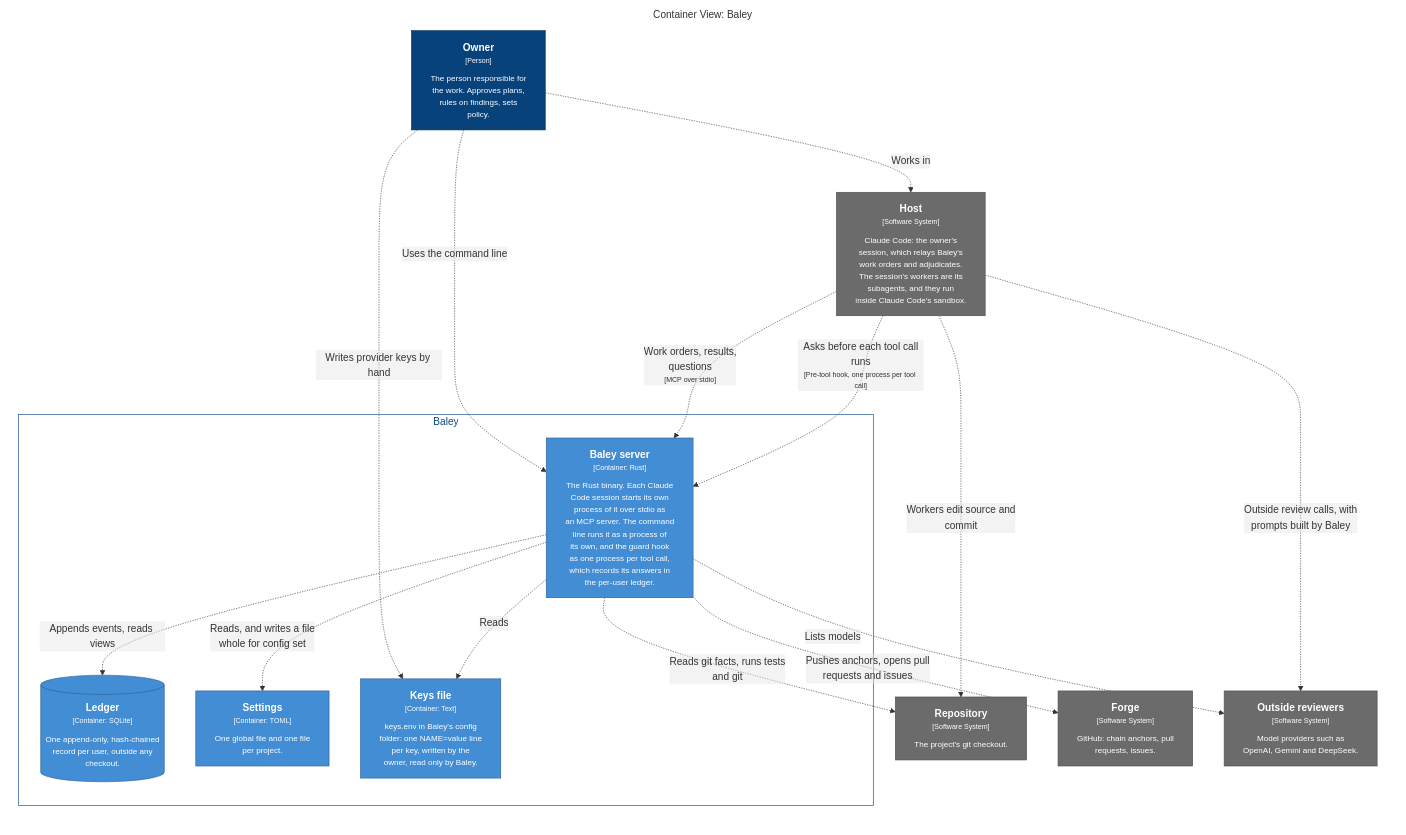
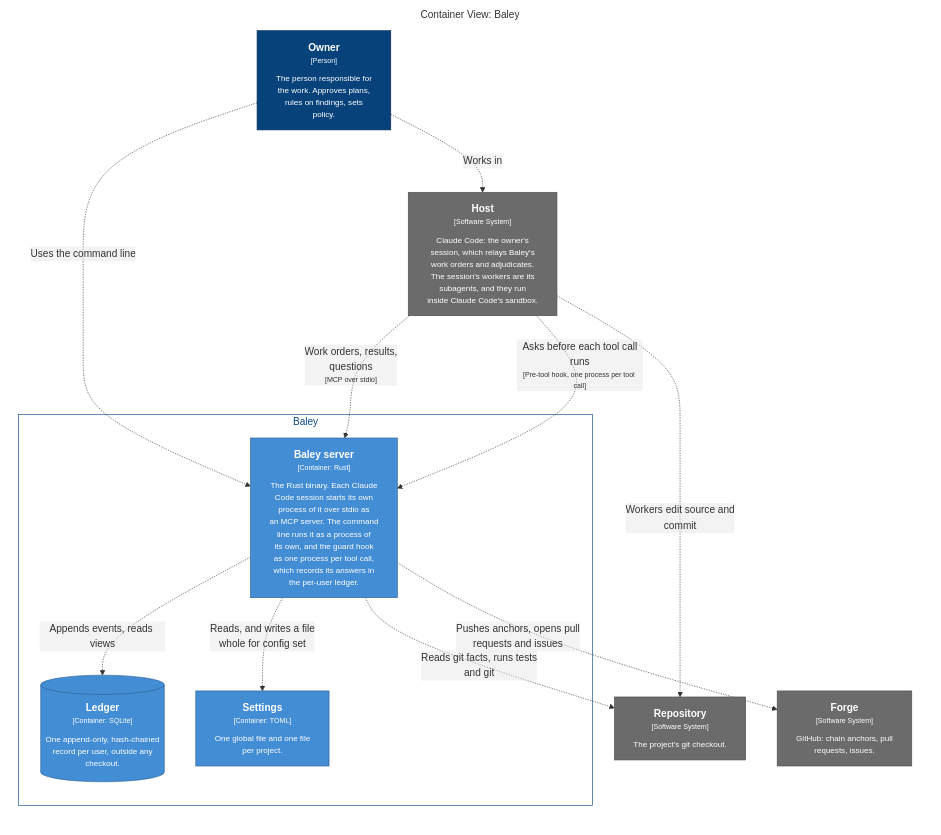
One commit to crenshawdev/baley changed the third of 4 diagrams in docs/design/0002-system-design.md. Above: the diagram before and after it, drawn with Mermaid. The commit also changed other lines of this file and 5 other files, not shown here.

First line of the commit message:
docs(design): move credentials and model fetching to the session

````diff
--- a/docs/design/0002-system-design.md
+++ b/docs/design/0002-system-design.md
@@ -151,47 +147,39 @@
 ```mermaid
 graph LR
   linkStyle default fill:none
 
   subgraph diagram ["Container View: Baley"]
     style diagram fill:none,stroke:none
 
     1["<div style='font-weight: bold'>Owner</div><div style='font-size: 70%; margin-top: 0px'>[Person]</div><div style='font-size: 80%; margin-top:10px'>The person responsible for<br />the work. Approves plans,<br />rules on findings, sets<br />policy.</div>"]
     style 1 fill:#08427b,stroke:#052e56,color:#ffffff
-    15["<div style='font-weight: bold'>Host</div><div style='font-size: 70%; margin-top: 0px'>[Software System]</div><div style='font-size: 80%; margin-top:10px'>Claude Code: the owner's<br />session, which relays Baley's<br />work orders and adjudicates.<br />The session's workers are its<br />subagents, and they run<br />inside Claude Code's sandbox.</div>"]
+    13["<div style='font-weight: bold'>Host</div><div style='font-size: 70%; margin-top: 0px'>[Software System]</div><div style='font-size: 80%; margin-top:10px'>Claude Code: the owner's<br />session, which relays Baley's<br />work orders and adjudicates.<br />The session's workers are its<br />subagents, and they run<br />inside Claude Code's sandbox.</div>"]
+    style 13 fill:#6b6b6b,stroke:#4d4d4d,color:#ffffff
+    14["<div style='font-weight: bold'>Repository</div><div style='font-size: 70%; margin-top: 0px'>[Software System]</div><div style='font-size: 80%; margin-top:10px'>The project's git checkout.</div>"]
+    style 14 fill:#6b6b6b,stroke:#4d4d4d,color:#ffffff
+    15["<div style='font-weight: bold'>Forge</div><div style='font-size: 70%; margin-top: 0px'>[Software System]</div><div style='font-size: 80%; margin-top:10px'>GitHub: chain anchors, pull<br />requests, issues.</div>"]
     style 15 fill:#6b6b6b,stroke:#4d4d4d,color:#ffffff
-    16["<div style='font-weight: bold'>Repository</div><div style='font-size: 70%; margin-top: 0px'>[Software System]</div><div style='font-size: 80%; margin-top:10px'>The project's git checkout.</div>"]
-    style 16 fill:#6b6b6b,stroke:#4d4d4d,color:#ffffff
-    17["<div style='font-weight: bold'>Forge</div><div style='font-size: 70%; margin-top: 0px'>[Software System]</div><div style='font-size: 80%; margin-top:10px'>GitHub: chain anchors, pull<br />requests, issues.</div>"]
-    style 17 fill:#6b6b6b,stroke:#4d4d4d,color:#ffffff
-    18["<div style='font-weight: bold'>Outside reviewers</div><div style='font-size: 70%; margin-top: 0px'>[Software System]</div><div style='font-size: 80%; margin-top:10px'>Model providers such as<br />OpenAI, Gemini and DeepSeek.</div>"]
-    style 18 fill:#6b6b6b,stroke:#4d4d4d,color:#ffffff
 
     subgraph 2 ["Baley"]
       style 2 fill:none,stroke:#0b4884,color:#0b4884
 
-      12[("<div style='font-weight: bold'>Ledger</div><div style='font-size: 70%; margin-top: 0px'>[Container: SQLite]</div><div style='font-size: 80%; margin-top:10px'>One append-only, hash-chained<br />record per user, outside any<br />checkout.</div>")]
+      11[("<div style='font-weight: bold'>Ledger</div><div style='font-size: 70%; margin-top: 0px'>[Container: SQLite]</div><div style='font-size: 80%; margin-top:10px'>One append-only, hash-chained<br />record per user, outside any<br />checkout.</div>")]
+      style 11 fill:#438dd5,stroke:#2e6295,color:#ffffff
+      12["<div style='font-weight: bold'>Settings</div><div style='font-size: 70%; margin-top: 0px'>[Container: TOML]</div><div style='font-size: 80%; margin-top:10px'>One global file and one file<br />per project.</div>"]
       style 12 fill:#438dd5,stroke:#2e6295,color:#ffffff
-      13["<div style='font-weight: bold'>Settings</div><div style='font-size: 70%; margin-top: 0px'>[Container: TOML]</div><div style='font-size: 80%; margin-top:10px'>One global file and one file<br />per project.</div>"]
-      style 13 fill:#438dd5,stroke:#2e6295,color:#ffffff
-      14["<div style='font-weight: bold'>Keys file</div><div style='font-size: 70%; margin-top: 0px'>[Container: Text]</div><div style='font-size: 80%; margin-top:10px'>keys.env in Baley's config<br />folder: one NAME=value line<br />per key, written by the<br />owner, read only by Baley.</div>"]
-      style 14 fill:#438dd5,stroke:#2e6295,color:#ffffff
       3["<div style='font-weight: bold'>Baley server</div><div style='font-size: 70%; margin-top: 0px'>[Container: Rust]</div><div style='font-size: 80%; margin-top:10px'>The Rust binary. Each Claude<br />Code session starts its own<br />process of it over stdio as<br />an MCP server. The command<br />line runs it as a process of<br />its own, and the guard hook<br />as one process per tool call,<br />which records its answers in<br />the per-user ledger.</div>"]
       style 3 fill:#438dd5,stroke:#2e6295,color:#ffffff
     end
 
-    1-. "<div>Works in</div><div style='font-size: 70%'></div>" .->15
+    1-. "<div>Works in</div><div style='font-size: 70%'></div>" .->13
     1-. "<div>Uses the command line</div><div style='font-size: 70%'></div>" .->3
-    1-. "<div>Writes provider keys by hand</div><div style='font-size: 70%'></div>" .->14
-    15-. "<div>Work orders, results,<br />questions</div><div style='font-size: 70%'>[MCP over stdio]</div>" .->3
-    15-. "<div>Asks before each tool call<br />runs</div><div style='font-size: 70%'>[Pre-tool hook, one process per tool call]</div>" .->3
-    15-. "<div>Workers edit source and<br />commit</div><div style='font-size: 70%'></div>" .->16
-    15-. "<div>Outside review calls, with<br />prompts built by Baley</div><div style='font-size: 70%'></div>" .->18
-    3-. "<div>Reads, and writes a file<br />whole for config set</div><div style='font-size: 70%'></div>" .->13
-    3-. "<div>Reads</div><div style='font-size: 70%'></div>" .->14
-    3-. "<div>Lists models</div><div style='font-size: 70%'></div>" .->18
-    3-. "<div>Appends events, reads views</div><div style='font-size: 70%'></div>" .->12
-    3-. "<div>Reads git facts, runs tests<br />and git</div><div style='font-size: 70%'></div>" .->16
-    3-. "<div>Pushes anchors, opens pull<br />requests and issues</div><div style='font-size: 70%'></div>" .->17
+    13-. "<div>Work orders, results,<br />questions</div><div style='font-size: 70%'>[MCP over stdio]</div>" .->3
+    13-. "<div>Asks before each tool call<br />runs</div><div style='font-size: 70%'>[Pre-tool hook, one process per tool call]</div>" .->3
+    13-. "<div>Workers edit source and<br />commit</div><div style='font-size: 70%'></div>" .->14
+    3-. "<div>Reads, and writes a file<br />whole for config set</div><div style='font-size: 70%'></div>" .->12
+    3-. "<div>Appends events, reads views</div><div style='font-size: 70%'></div>" .->11
+    3-. "<div>Reads git facts, runs tests<br />and git</div><div style='font-size: 70%'></div>" .->14
+    3-. "<div>Pushes anchors, opens pull<br />requests and issues</div><div style='font-size: 70%'></div>" .->15
 
   end
 ```
````
